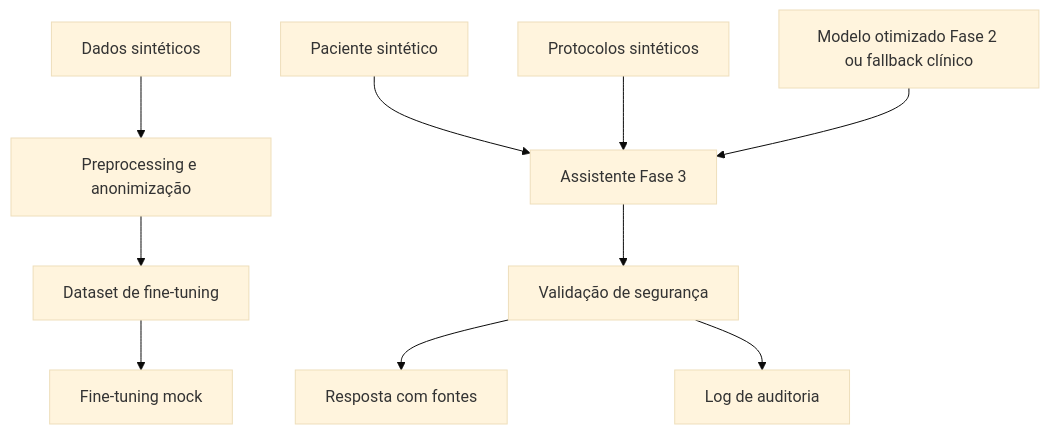
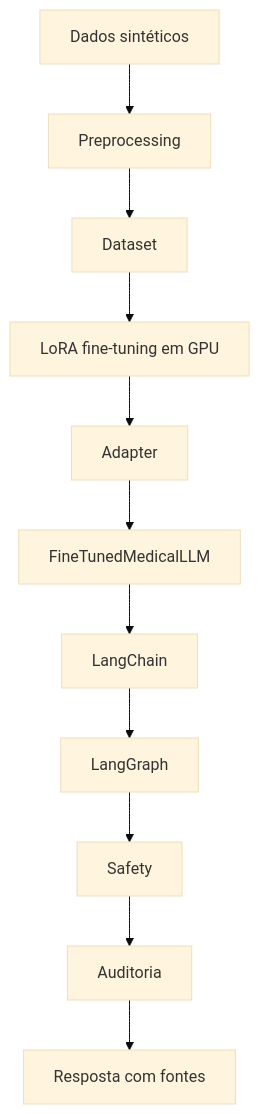
One commit to BMatheus1/projeto_sepse_2.0 changed the second of 2 diagrams in README.md. Above: the diagram before and after it, drawn with Mermaid (base theme). The commit also changed other lines of this file and 36 other files, not shown here.

First line of the commit message:
feat: Integrate LangChain for contextual answer generation and enhance protocol retrieval

````diff
--- a/README.md
+++ b/README.md
@@ -226,12 +226,13 @@
 ```mermaid
 flowchart TD
-    A[Dados sintéticos] --> B[Preprocessing e anonimização]
-    B --> C[Dataset de fine-tuning]
-    C --> D[Fine-tuning mock]
-    E[Paciente sintético] --> F[Assistente Fase 3]
-    G[Protocolos sintéticos] --> F
-    H[Modelo otimizado Fase 2 ou fallback clínico] --> F
-    F --> I[Validação de segurança]
-    I --> J[Resposta com fontes]
-    I --> K[Log de auditoria]
+    A[Dados sintéticos] --> B[Preprocessing]
+    B --> C[Dataset]
+    C --> D[LoRA fine-tuning em GPU]
+    D --> E[Adapter]
+    E --> F[FineTunedMedicalLLM]
+    F --> G[LangChain]
+    G --> H[LangGraph]
+    H --> I[Safety]
+    I --> J[Auditoria]
+    J --> K[Resposta com fontes]
 ```
````
